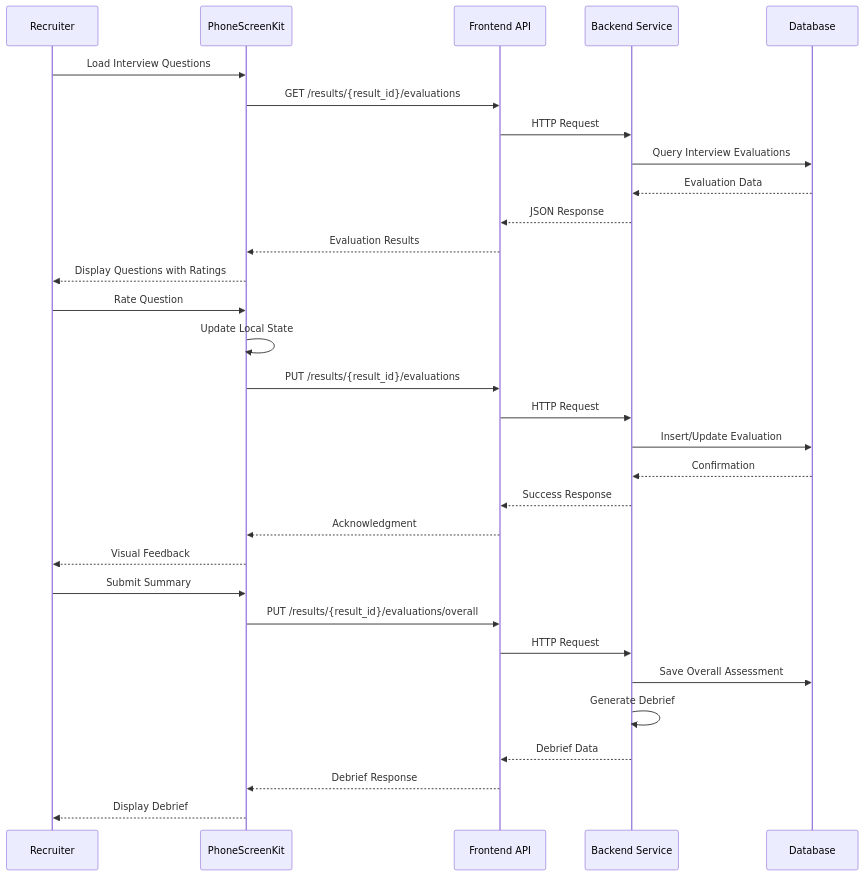
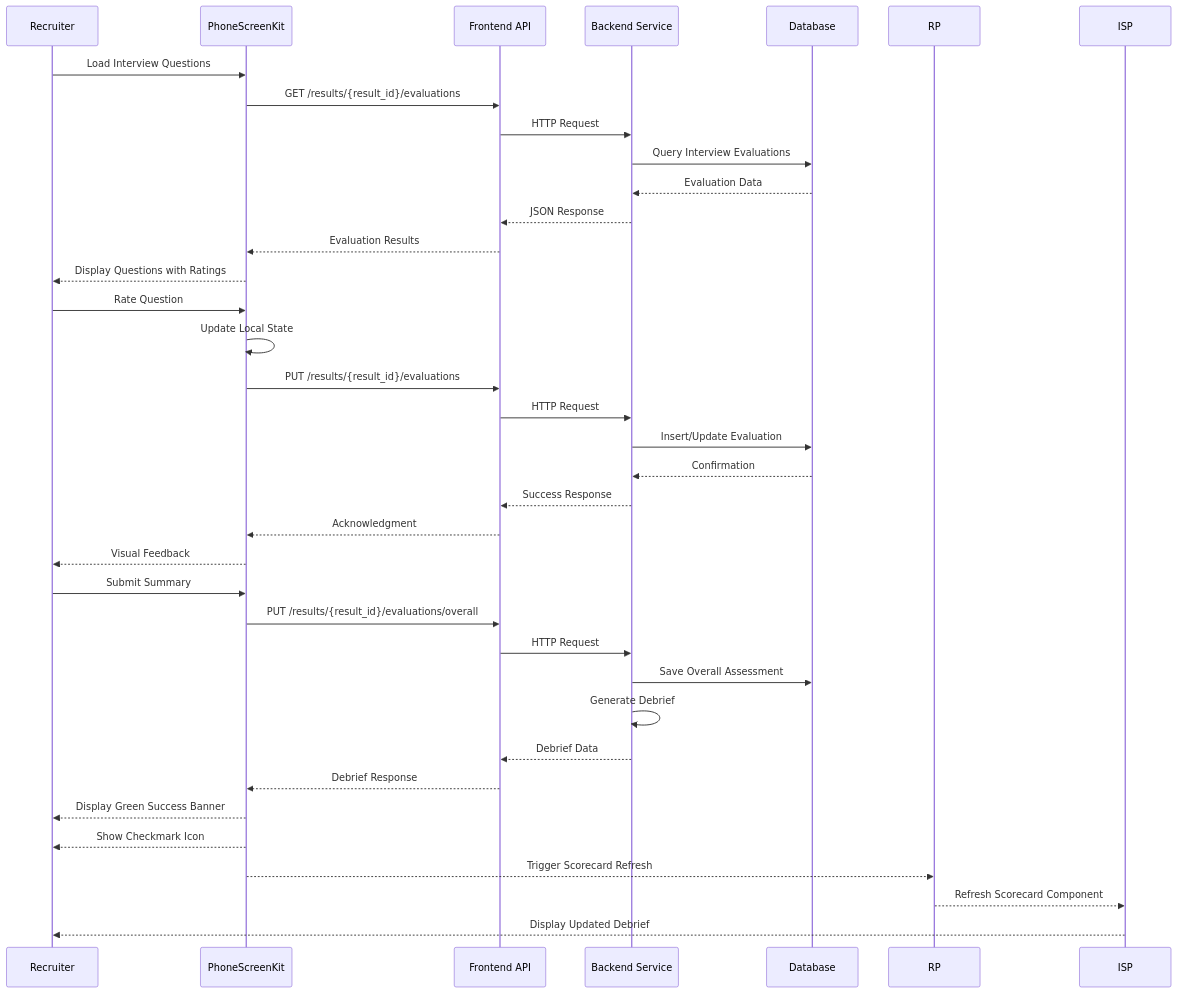
The third of 9 diagrams in .qoder/repowiki/en/content/Frontend Architecture/Component Library/PhoneScreenKit Component.md (Revanththetalogics/aireume), drawn with Mermaid before and after one commit. The commit also changed other lines of this file and 7 other files, not shown here.

````diff
--- a/.qoder/repowiki/en/content/Frontend Architecture/Component Library/PhoneScreenKit Component.md
+++ b/.qoder/repowiki/en/content/Frontend Architecture/Component Library/PhoneScreenKit Component.md
@@ -136,33 +157,37 @@
 ```mermaid
 sequenceDiagram
 participant User as Recruiter
 participant PSK as PhoneScreenKit
 participant API as Frontend API
 participant BE as Backend Service
 participant DB as Database
 User->>PSK : Load Interview Questions
 PSK->>API : GET /results/{result_id}/evaluations
 API->>BE : HTTP Request
 BE->>DB : Query Interview Evaluations
 DB-->>BE : Evaluation Data
 BE-->>API : JSON Response
 API-->>PSK : Evaluation Results
 PSK-->>User : Display Questions with Ratings
 User->>PSK : Rate Question
 PSK->>PSK : Update Local State
 PSK->>API : PUT /results/{result_id}/evaluations
 API->>BE : HTTP Request
 BE->>DB : Insert/Update Evaluation
 DB-->>BE : Confirmation
 BE-->>API : Success Response
 API-->>PSK : Acknowledgment
 PSK-->>User : Visual Feedback
 User->>PSK : Submit Summary
 PSK->>API : PUT /results/{result_id}/evaluations/overall
 API->>BE : HTTP Request
 BE->>DB : Save Overall Assessment
 BE->>BE : Generate Debrief
 BE-->>API : Debrief Data
 API-->>PSK : Debrief Response
-PSK-->>User : Display Debrief
+PSK-->>User : Display Green Success Banner
+PSK-->>User : Show Checkmark Icon
+PSK-->>RP : Trigger Scorecard Refresh
+RP-->>ISP : Refresh Scorecard Component
+ISP-->>User : Display Updated Debrief
 ```
````
